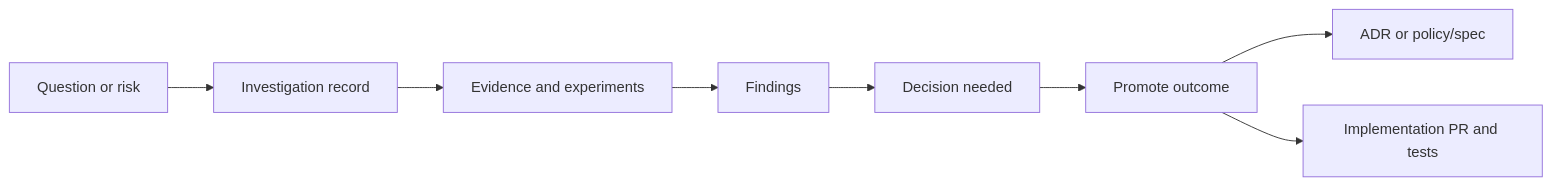
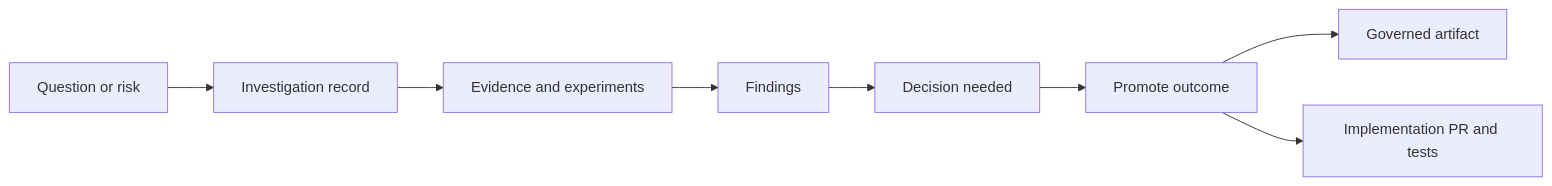
One commit to bartytime4life/Kansas-Frontier-Matrix changed the diagram in docs/investigations/README.md. Above: the diagram before and after it, drawn with Mermaid. The commit also changed other lines of this file, not shown here.

````diff
--- a/docs/investigations/README.md
+++ b/docs/investigations/README.md
@@ -51,10 +63,10 @@
 ```mermaid
 flowchart LR
   Q[Question or risk] --> I[Investigation record]
   I --> E[Evidence and experiments]
   E --> F[Findings]
   F --> D[Decision needed]
   D --> P[Promote outcome]
-  P --> ADR[ADR or policy/spec]
+  P --> G[Governed artifact]
   P --> PR[Implementation PR and tests]
 ```
````
